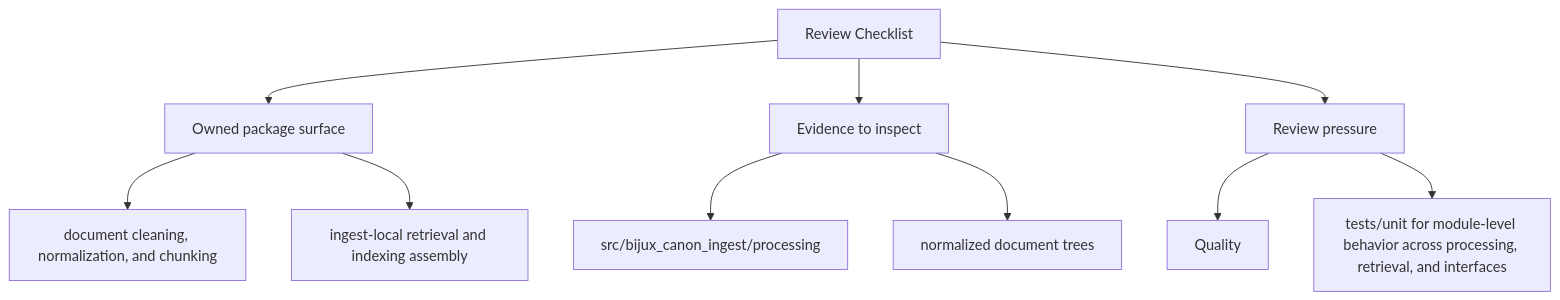
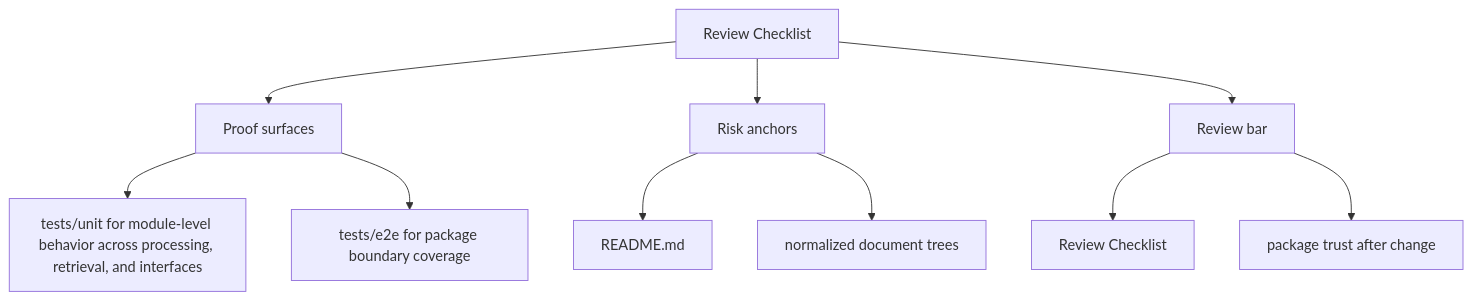
One commit to bijux/bijux-canon changed the second of 2 diagrams in docs/bijux-canon-ingest/quality/review-checklist.md. Above: the diagram before and after it, drawn with Mermaid. The commit also changed other lines of this file and 250 other files, not shown here.

Commit message:
docs(diagrams): make product page maps more readable

````diff
--- a/docs/bijux-canon-ingest/quality/review-checklist.md
+++ b/docs/bijux-canon-ingest/quality/review-checklist.md
@@ -34,22 +34,22 @@
 ```mermaid
 flowchart TD
     page["Review Checklist"]
-    focus1["Owned package surface"]
+    focus1["Proof surfaces"]
     page --> focus1
-    focus1_1["document cleaning, normalization, and chunking"]
+    focus1_1["tests/unit for module-level behavior across processing, retrieval, and interfaces"]
     focus1 --> focus1_1
-    focus1_2["ingest-local retrieval and indexing assembly"]
+    focus1_2["tests/e2e for package boundary coverage"]
     focus1 --> focus1_2
-    focus2["Evidence to inspect"]
+    focus2["Risk anchors"]
     page --> focus2
-    focus2_1["src/bijux_canon_ingest/processing"]
+    focus2_1["README.md"]
     focus2 --> focus2_1
     focus2_2["normalized document trees"]
     focus2 --> focus2_2
-    focus3["Review pressure"]
+    focus3["Review bar"]
     page --> focus3
-    focus3_1["Quality"]
+    focus3_1["Review Checklist"]
     focus3 --> focus3_1
-    focus3_2["tests/unit for module-level behavior across processing, retrieval, and interfaces"]
+    focus3_2["package trust after change"]
     focus3 --> focus3_2
 ```
````
